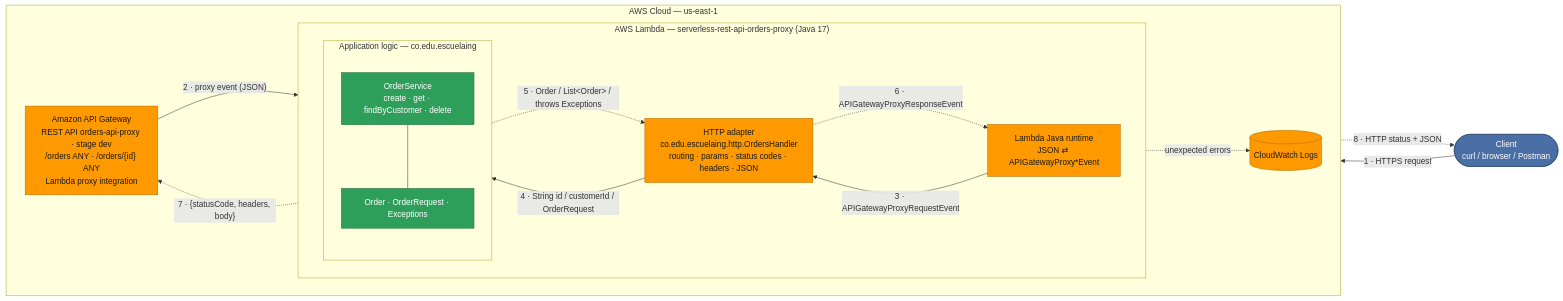
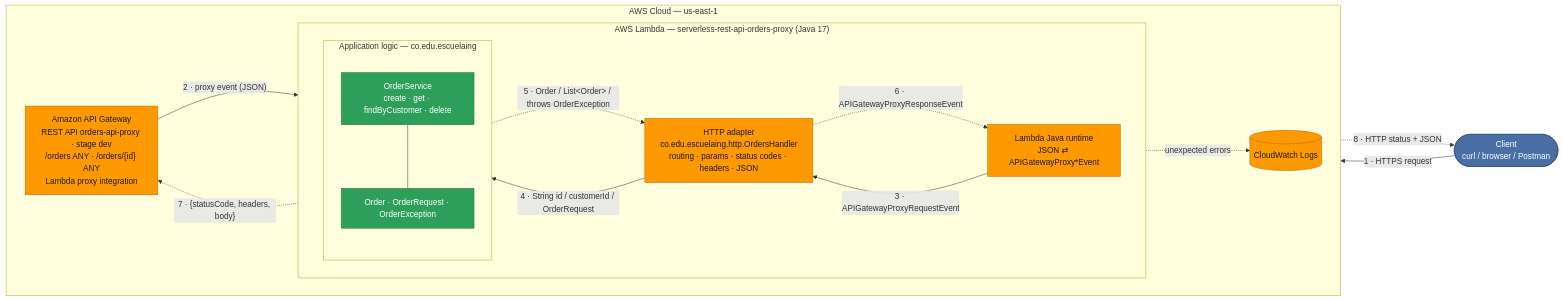
One commit to daniel-pm19/serverless-rest-api-with-aws-lambda-and-api-gateway changed the third of 4 diagrams in README.md. Above: the diagram before and after it, drawn with Mermaid. The commit also changed other lines of this file and 5 other files, not shown here.

````diff
--- a/README.md
+++ b/README.md
@@ -1474,40 +1476,40 @@
 ```mermaid
 flowchart LR
     Client(["Client<br/>curl / browser / Postman"])
 
     subgraph AWS["AWS Cloud — us-east-1"]
         direction LR
         APIGW["Amazon API Gateway<br/>REST API orders-api-proxy · stage dev<br/>/orders ANY · /orders/{id} ANY<br/>Lambda proxy integration"]
 
         subgraph LAMBDA["AWS Lambda — serverless-rest-api-orders-proxy (Java 17)"]
             direction LR
             RT["Lambda Java runtime<br/>JSON ⇄ APIGatewayProxy*Event"]
             H["HTTP adapter<br/>co.edu.escuelaing.http.OrdersHandler<br/>routing · params · status codes · headers · JSON"]
             subgraph APP["Application logic — co.edu.escuelaing"]
                 direction TB
                 S["OrderService<br/>create · get · findByCustomer · delete"]
-                D["Order · OrderRequest · Exceptions"]
+                D["Order · OrderRequest · OrderException"]
             end
         end
 
         CW[("CloudWatch Logs")]
     end
 
     Client -->|"1 · HTTPS request"| APIGW
     APIGW -->|"2 · proxy event (JSON)"| RT
     RT -->|"3 · APIGatewayProxyRequestEvent"| H
     H -->|"4 · String id / customerId / OrderRequest"| S
     S --- D
-    S -.->|"5 · Order / List&lt;Order&gt; / throws Exceptions"| H
+    S -.->|"5 · Order / List&lt;Order&gt; / throws OrderException"| H
     H -.->|"6 · APIGatewayProxyResponseEvent"| RT
     RT -.->|"7 · {statusCode, headers, body}"| APIGW
     APIGW -.->|"8 · HTTP status + JSON"| Client
     H -.->|"unexpected errors"| CW
 
     classDef aws fill:#ff9900,stroke:#b36b00,color:#1a1a1a
     classDef java fill:#2e9e5b,stroke:#1d6b3c,color:#ffffff
     classDef client fill:#4a6fa5,stroke:#2e4a73,color:#ffffff
     class APIGW,RT,H,CW aws
     class S,D java
     class Client client
 ```
````
